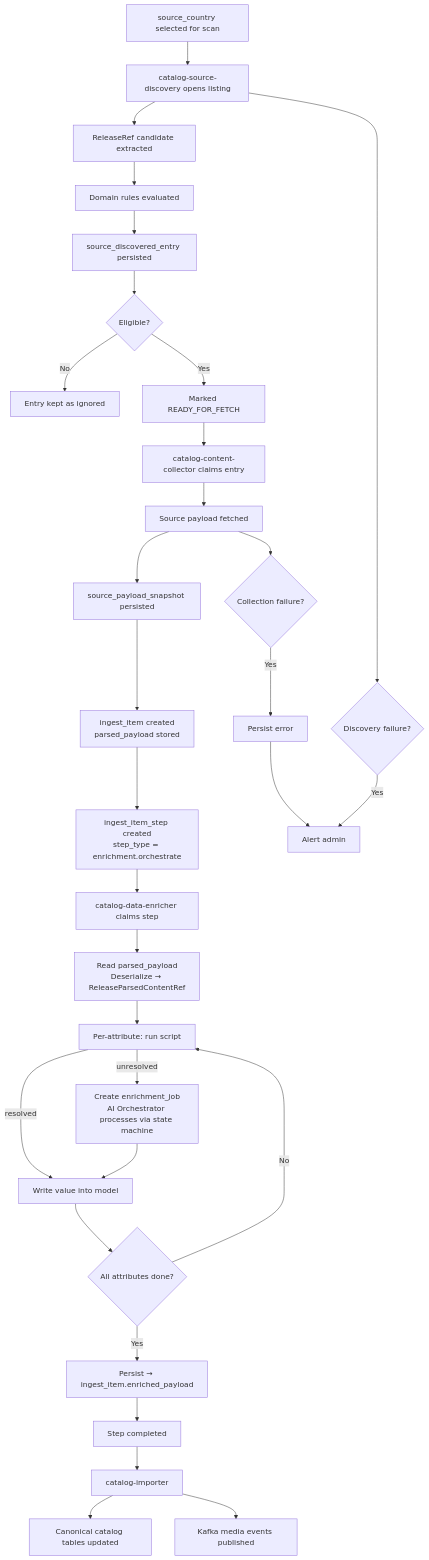
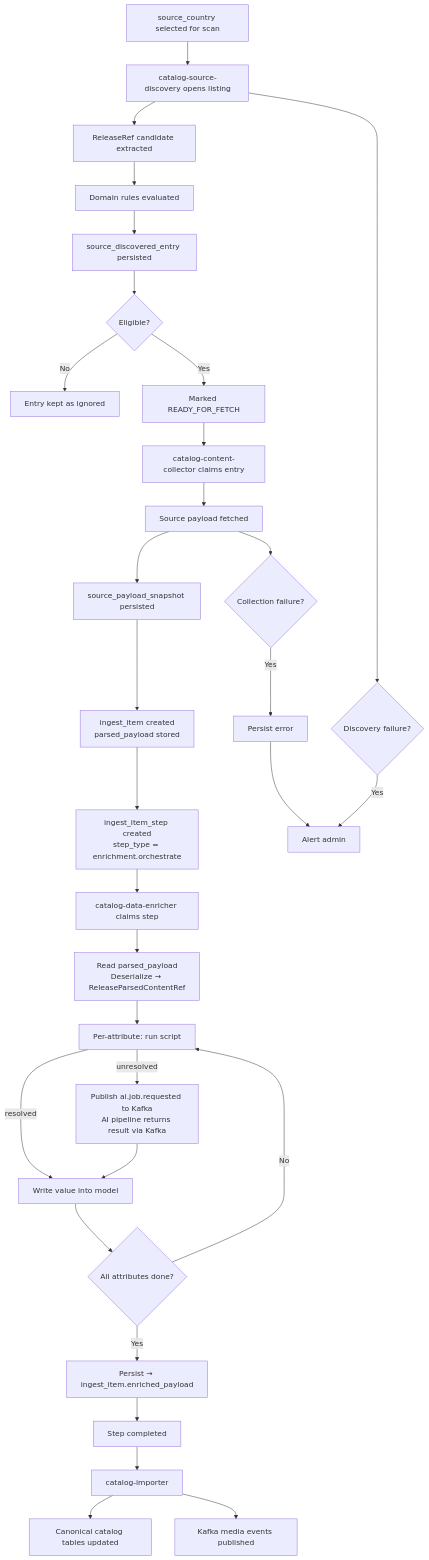
The third of 5 diagrams in monstrino-docs/docs/pipelines/data-ingestion/catalog-ingest/overview.md (MafiaCoconut/Monstrino), drawn with Mermaid before and after one commit. The commit also changed other lines of this file and 68 other files, not shown here.

````diff
--- a/monstrino-docs/docs/pipelines/data-ingestion/catalog-ingest/overview.md
+++ b/monstrino-docs/docs/pipelines/data-ingestion/catalog-ingest/overview.md
@@ -250,40 +251,40 @@
 ```mermaid
 flowchart TD
     A[source_country selected for scan]
     A --> B[catalog-source-discovery opens listing]
     B --> C[ReleaseRef candidate extracted]
     C --> D[Domain rules evaluated]
     D --> E[source_discovered_entry persisted]
 
     E --> F{Eligible?}
     F -- No --> G[Entry kept as ignored]
     F -- Yes --> H[Marked READY_FOR_FETCH]
 
     H --> I[catalog-content-collector claims entry]
     I --> J[Source payload fetched]
     J --> K[source_payload_snapshot persisted]
     K --> L[ingest_item created<br/>parsed_payload stored]
     L --> M[ingest_item_step created<br/>step_type = enrichment.orchestrate]
 
     M --> EN[catalog-data-enricher claims step]
     EN --> EN1[Read parsed_payload<br/>Deserialize → ReleaseParsedContentRef]
     EN1 --> EN2[Per-attribute: run script]
     EN2 -->|resolved| EN4[Write value into model]
-    EN2 -->|unresolved| EN3[Create enrichment_job<br/>AI Orchestrator processes via state machine]
+    EN2 -->|unresolved| EN3[Publish ai.job.requested to Kafka<br/>AI pipeline returns result via Kafka]
     EN3 --> EN4
     EN4 --> EN5{All attributes done?}
     EN5 -- No --> EN2
     EN5 -- Yes --> EN6[Persist → ingest_item.enriched_payload]
     EN6 --> EN7[Step completed]
 
     EN7 --> IM[catalog-importer]
     IM --> O[Canonical catalog tables updated]
     IM --> KF[Kafka media events published]
 
     B --> P{Discovery failure?}
     P -- Yes --> Q[Alert admin]
 
     J --> R{Collection failure?}
     R -- Yes --> S[Persist error]
     S --> Q
 ```
````
